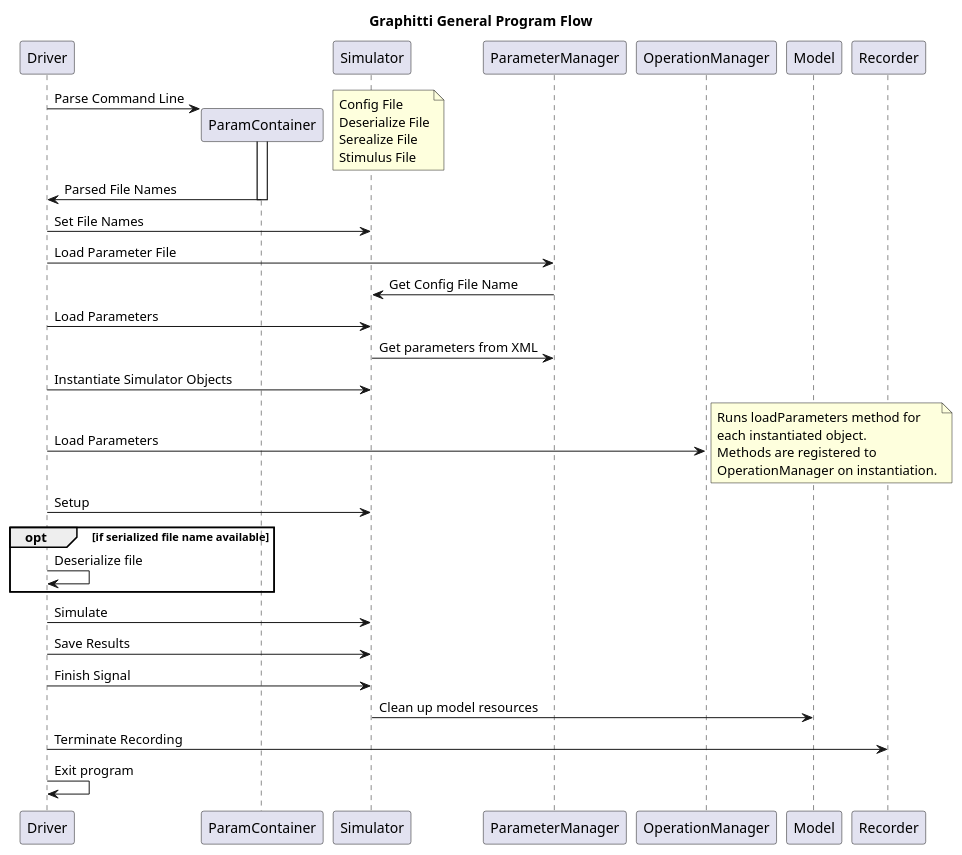
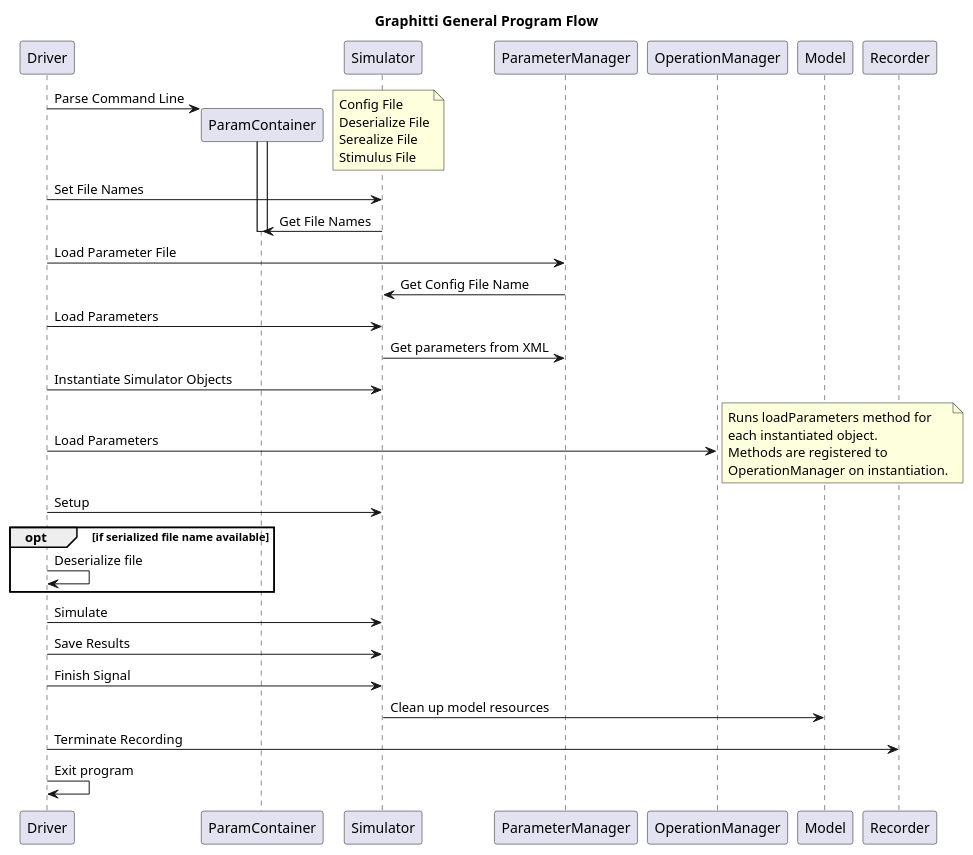
The diagram in docs/Developer/UML/top-level_flow.puml (UWB-Biocomputing/Graphitti), drawn with PlantUML before and after one commit.

Commit message:
Update Program Flow

```diff
--- a/docs/Developer/UML/top-level_flow.puml
+++ b/docs/Developer/UML/top-level_flow.puml
@@ -1,48 +1,50 @@
 @startuml graphitti sequence diagram
 
 title Graphitti General Program Flow
 
 Driver -> ParamContainer **: Parse Command Line
 activate ParamContainer
 note right
     Config File
     Deserialize File
     Serealize File
     Stimulus File
 end note
-ParamContainer -> Driver: Parsed File Names
+
+Driver -> Simulator: Set File Names
+Simulator -> ParamContainer: Get File Names
 deactivate ParamContainer
-Driver -> Simulator: Set File Names
+
 Driver -> ParameterManager: Load Parameter File
 ParameterManager -> Simulator: Get Config File Name
 Driver -> Simulator: Load Parameters
 Simulator -> ParameterManager: Get parameters from XML
 
 Driver -> Simulator: Instantiate Simulator Objects
 
 ' Expand in a separate diagram
 Driver -> OperationManager: Load Parameters
 note right
     Runs loadParameters method for
     each instantiated object.
     Methods are registered to
     OperationManager on instantiation.
 end note
 
 Driver -> Simulator: Setup
 
 opt if serialized file name available
     Driver -> Driver: Deserialize file
 end
 
 Driver -> Simulator: Simulate
 
 Driver -> Simulator: Save Results
 
 Driver -> Simulator: Finish Signal 
 Simulator -> Model: Clean up model resources
 Driver -> Recorder: Terminate Recording
 Driver -> Driver: Exit program
 
 
 @enduml
```
